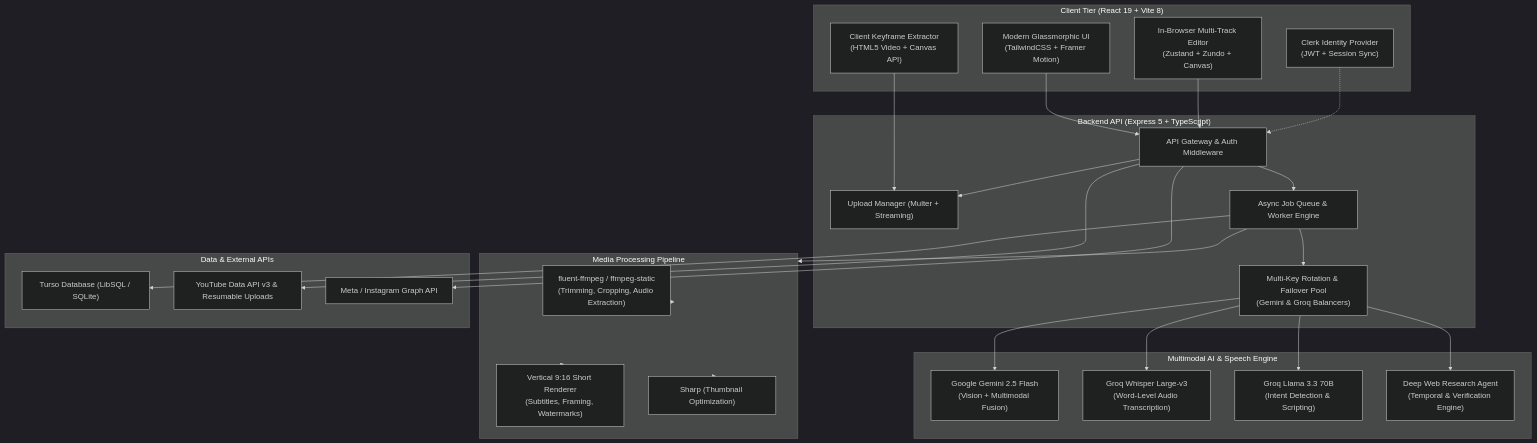
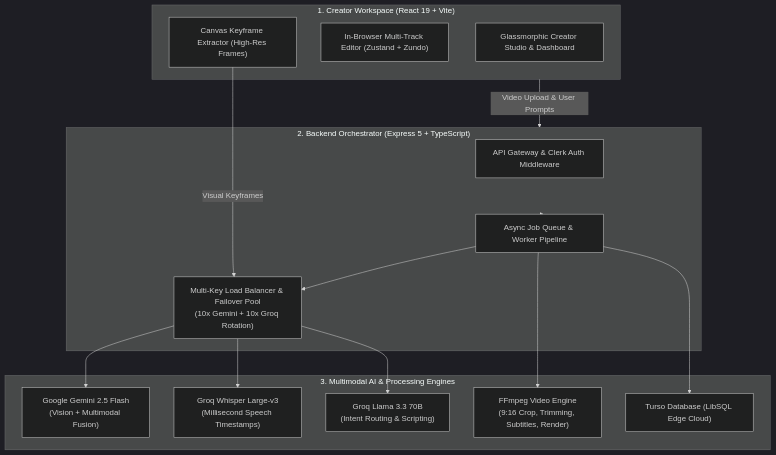
The diagram in README.md (AbdullahAnsari103/studiopulse-devenger), drawn with Mermaid (dark theme) before and after one commit. The commit also changed other lines of this file, not shown here.

Commit message:
docs: streamline README with problem-solution brief, simplified 3-tier architecture, and developer reference

````diff
--- a/README.md
+++ b/README.md
@@ -79,58 +55,32 @@
 ```mermaid
-flowchart TB
-    subgraph Client ["Client Tier (React 19 + Vite 8)"]
-        UI["Modern Glassmorphic UI<br/>(TailwindCSS + Framer Motion)"]
-        NLE["In-Browser Multi-Track Editor<br/>(Zustand + Zundo + Canvas)"]
-        VExtract["Client Keyframe Extractor<br/>(HTML5 Video + Canvas API)"]
-        ClerkAuth["Clerk Identity Provider<br/>(JWT + Session Sync)"]
+flowchart TD
+    subgraph Client ["1. Creator Workspace (React 19 + Vite)"]
+        UI["Glassmorphic Creator Studio & Dashboard"]
+        NLE["In-Browser Multi-Track Editor (Zustand + Zundo)"]
+        FrameCapture["Canvas Keyframe Extractor (High-Res Frames)"]
     end
 
-    subgraph Server ["Backend API (Express 5 + TypeScript)"]
-        Router["API Gateway & Auth Middleware"]
-        UploadMgr["Upload Manager (Multer + Streaming)"]
-        QueueMgr["Async Job Queue & Worker Engine"]
-        KeyPool["Multi-Key Rotation & Failover Pool<br/>(Gemini & Groq Balancers)"]
+    subgraph Gateway ["2. Backend Orchestrator (Express 5 + TypeScript)"]
+        API["API Gateway & Clerk Auth Middleware"]
+        Queue["Async Job Queue & Worker Pipeline"]
+        Balancer["Multi-Key Load Balancer & Failover Pool<br/>(10x Gemini + 10x Groq Rotation)"]
     end
 
-    subgraph AI_Engine ["Multimodal AI & Speech Engine"]
+    subgraph Intelligence ["3. Multimodal AI & Processing Engines"]
         Gemini["Google Gemini 2.5 Flash<br/>(Vision + Multimodal Fusion)"]
-        GroqWhisper["Groq Whisper Large-v3<br/>(Word-Level Audio Transcription)"]
-        GroqLLM["Groq Llama 3.3 70B<br/>(Intent Detection & Scripting)"]
-        Research["Deep Web Research Agent<br/>(Temporal & Verification Engine)"]
+        Whisper["Groq Whisper Large-v3<br/>(Millisecond Speech Timestamps)"]
+        Llama["Groq Llama 3.3 70B<br/>(Intent Routing & Scripting)"]
+        FFmpeg["FFmpeg Video Engine<br/>(9:16 Crop, Trimming, Subtitles, Render)"]
+        Turso["Turso Database (LibSQL Edge Cloud)"]
     end
 
-    subgraph Media_Pipeline ["Media Processing Pipeline"]
-        FFmpeg["fluent-ffmpeg / ffmpeg-static<br/>(Trimming, Cropping, Audio Extraction)"]
-        ShortRenderer["Vertical 9:16 Short Renderer<br/>(Subtitles, Framing, Watermarks)"]
-        SharpImg["Sharp (Thumbnail Optimization)"]
-    end
-
-    subgraph Persistence ["Data & External APIs"]
-        Turso["Turso Database (LibSQL / SQLite)"]
-        YouTube["YouTube Data API v3 & Resumable Uploads"]
-        MetaGraph["Meta / Instagram Graph API"]
-    end
-
-    UI --> Router
-    NLE --> Router
-    VExtract --> UploadMgr
-    ClerkAuth -.-> Router
-
-    Router --> UploadMgr
-    Router --> QueueMgr
-    QueueMgr --> KeyPool
-    QueueMgr --> Media_Pipeline
-
-    KeyPool --> Gemini
-    KeyPool --> GroqWhisper
-    KeyPool --> GroqLLM
-    KeyPool --> Research
-
-    Media_Pipeline --> FFmpeg
-    Media_Pipeline --> ShortRenderer
-    Media_Pipeline --> SharpImg
-
-    QueueMgr --> Turso
-    Router --> YouTube
-    Router --> MetaGraph
+    Client -->|Video Upload & User Prompts| Gateway
+    FrameCapture -->|Visual Keyframes| Balancer
+    Gateway --> Queue
+    Queue --> Balancer
+    Balancer --> Gemini
+    Balancer --> Whisper
+    Balancer --> Llama
+    Queue --> FFmpeg
+    Queue --> Turso
 ```
````
